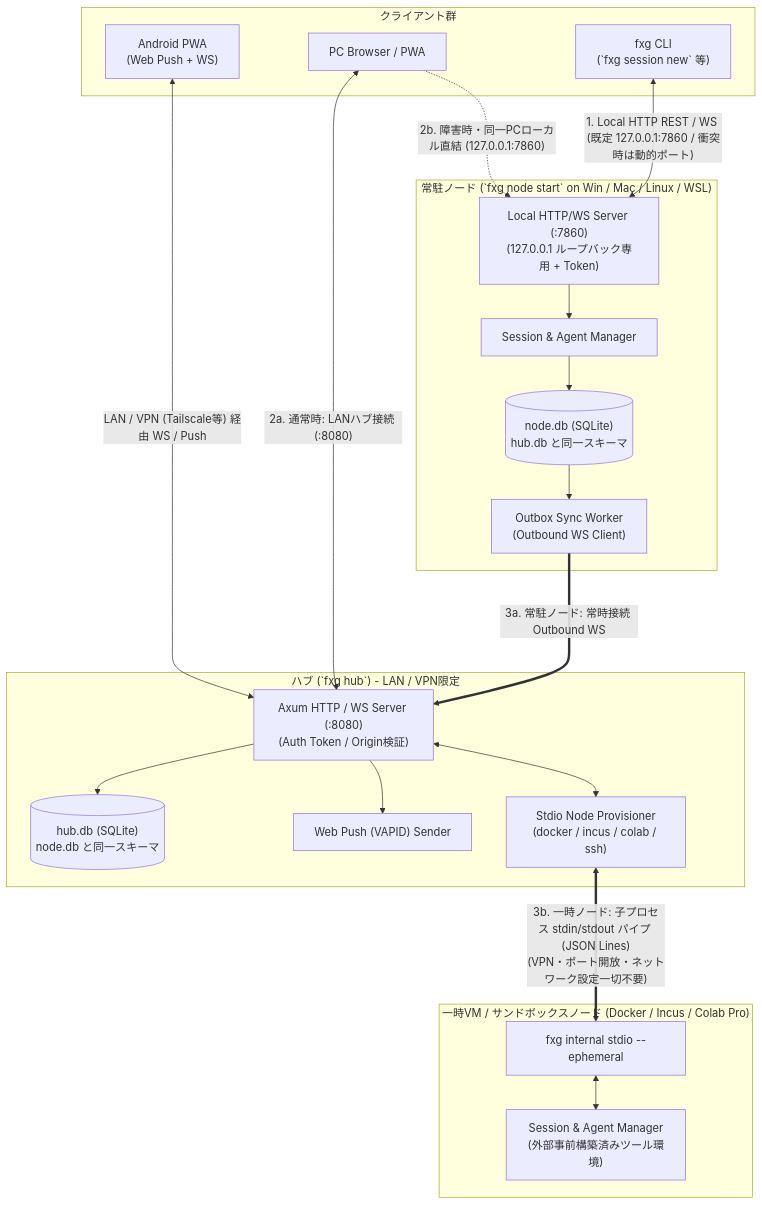
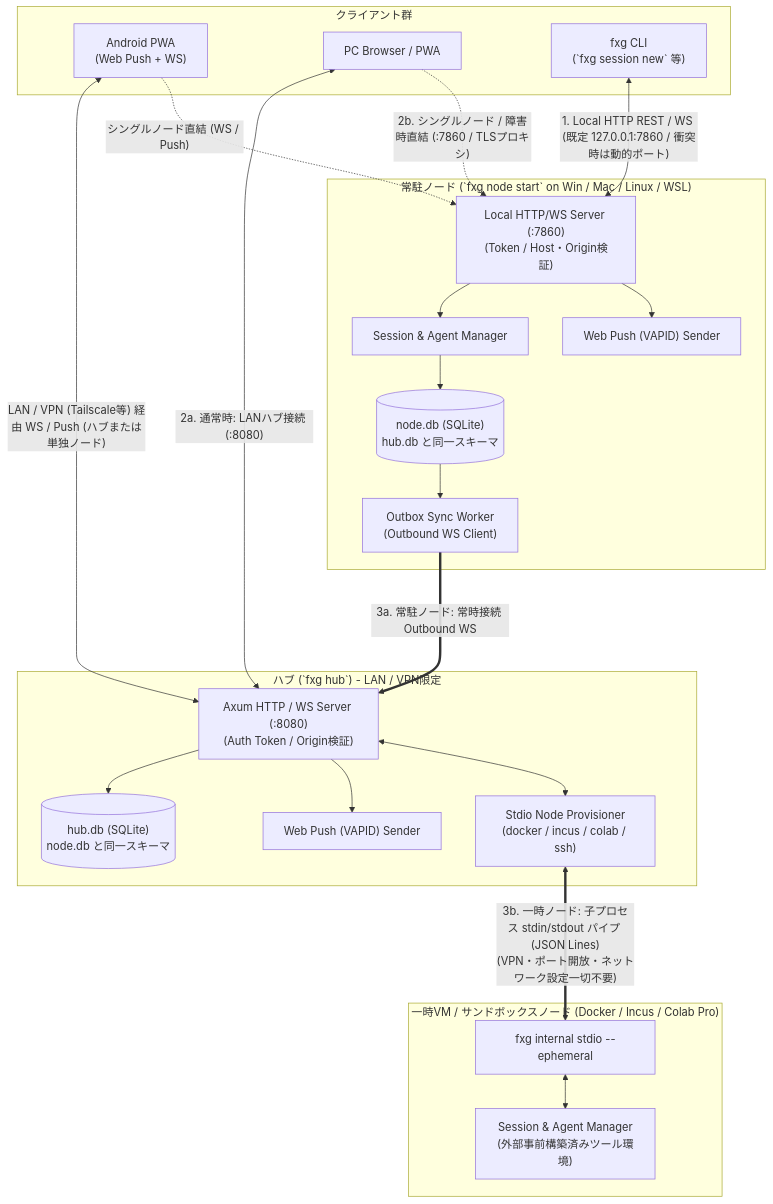
The first of 3 diagrams in docs/01-architecture-and-sync.md (nazo6/flexagent), drawn with Mermaid before and after one commit. The commit also changed other lines of this file and 5 other files, not shown here.

Commit message:
docs: design single-node Web Push and standalone outbox handling

````diff
--- a/docs/01-architecture-and-sync.md
+++ b/docs/01-architecture-and-sync.md
@@ -10,42 +10,45 @@
 ```mermaid
 flowchart TB
     subgraph Clients["クライアント群"]
         AndroidPWA["Android PWA<br/>(Web Push + WS)"]
         Browser["PC Browser / PWA"]
         CLI["fxg CLI<br/>(`fxg session new` 等)"]
     end
 
     subgraph HubGroup["ハブ (`fxg hub`) - LAN / VPN限定"]
         HubAPI["Axum HTTP / WS Server (:8080)<br/>(Auth Token / Origin検証)"]
         Prov["Stdio Node Provisioner<br/>(docker / incus / colab / ssh)"]
         Push["Web Push (VAPID) Sender"]
         HubDB[("hub.db (SQLite)<br/>node.db と同一スキーマ")]
         HubAPI --> HubDB
         HubAPI --> Push
         HubAPI <--> Prov
     end
 
     subgraph Node["常駐ノード (`fxg node start` on Win / Mac / Linux / WSL)"]
-        LocalAPI["Local HTTP/WS Server (:7860)<br/>(127.0.0.1 ループバック専用 + Token)"]
+        LocalAPI["Local HTTP/WS Server (:7860)<br/>(Token / Host・Origin検証)"]
+        NodePush["Web Push (VAPID) Sender"]
         SyncWorker["Outbox Sync Worker<br/>(Outbound WS Client)"]
         SessionMgr["Session & Agent Manager"]
         NodeDB[("node.db (SQLite)<br/>hub.db と同一スキーマ")]
 
         LocalAPI --> SessionMgr
+        LocalAPI --> NodePush
         SessionMgr --> NodeDB
         NodeDB --> SyncWorker
     end
 
     subgraph EphemeralNode["一時VM / サンドボックスノード (Docker / Incus / Colab Pro)"]
         EphNode["fxg internal stdio --ephemeral"]
         EphAgent["Session & Agent Manager<br/>(外部事前構築済みツール環境)"]
         EphNode <--> EphAgent
     end
 
     CLI <-->|"1. Local HTTP REST / WS (既定 127.0.0.1:7860 / 衝突時は動的ポート)"| LocalAPI
     Browser <-->|"2a. 通常時: LANハブ接続 (:8080)"| HubAPI
-    Browser -.->|"2b. 障害時・同一PCローカル直結 (127.0.0.1:7860)"| LocalAPI
-    AndroidPWA <-->|"LAN / VPN (Tailscale等) 経由 WS / Push"| HubAPI
+    Browser -.->|"2b. シングルノード / 障害時直結 (:7860 / TLSプロキシ)"| LocalAPI
+    AndroidPWA <-->|"LAN / VPN (Tailscale等) 経由 WS / Push (ハブまたは単独ノード)"| HubAPI
+    AndroidPWA -.->|"シングルノード直結 (WS / Push)"| LocalAPI
     SyncWorker ===>|"3a. 常駐ノード: 常時接続 Outbound WS"| HubAPI
     Prov <==>|"3b. 一時ノード: 子プロセス stdin/stdout パイプ (JSON Lines)<br/>(VPN・ポート開放・ネットワーク設定一切不要)"| EphNode
 ```
````
